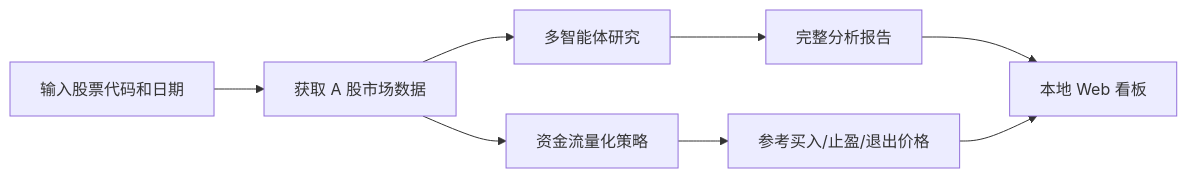
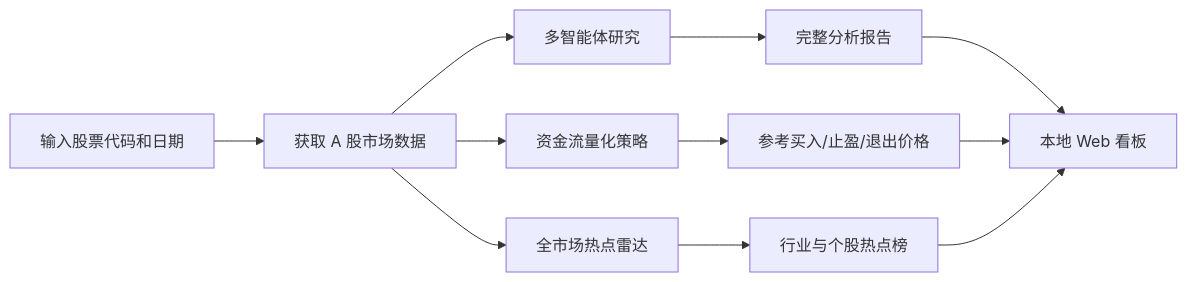
The diagram in README.md (SkyPiggy8/TnT_stock_analysis_with_EQS), drawn with Mermaid before and after one commit. The commit also changed other lines of this file and 28 other files, not shown here.

````diff
--- a/README.md
+++ b/README.md
@@ -31,10 +33,13 @@
 ```mermaid
 flowchart LR
     A[输入股票代码和日期] --> B[获取 A 股市场数据]
     B --> C[多智能体研究]
     B --> D[资金流量化策略]
+    B --> H[全市场热点雷达]
     C --> E[完整分析报告]
     D --> F[参考买入/止盈/退出价格]
+    H --> I[行业与个股热点榜]
     E --> G[本地 Web 看板]
     F --> G
+    I --> G
 ```
````
